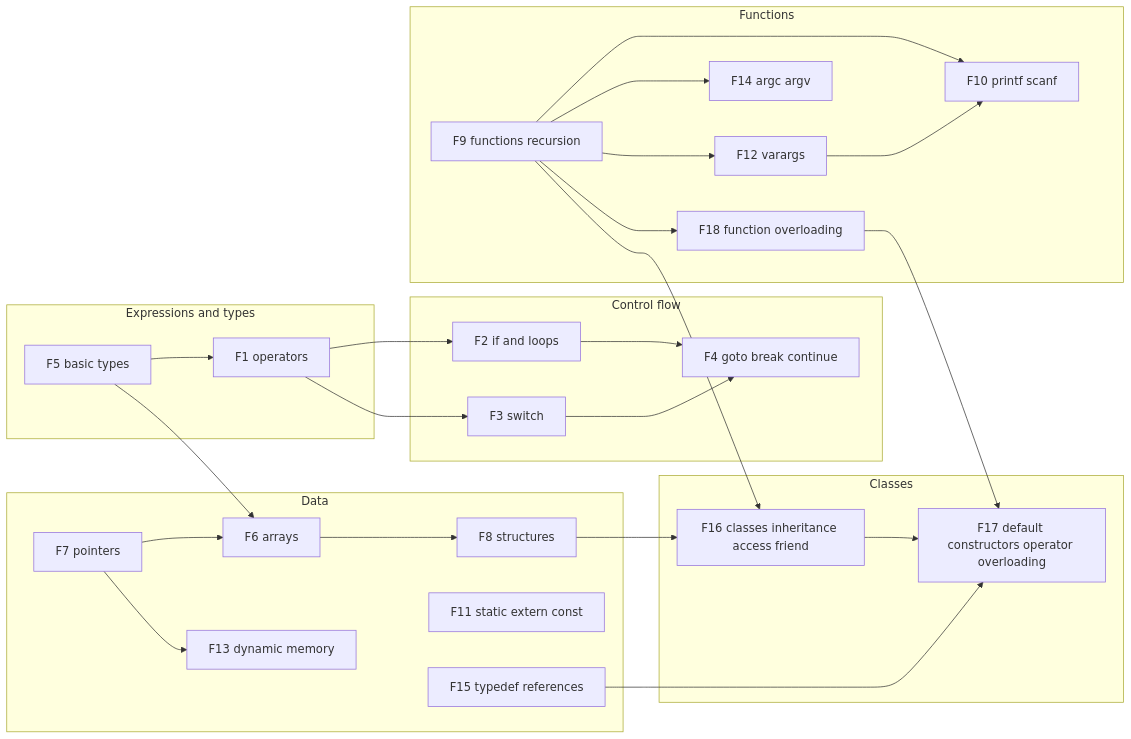
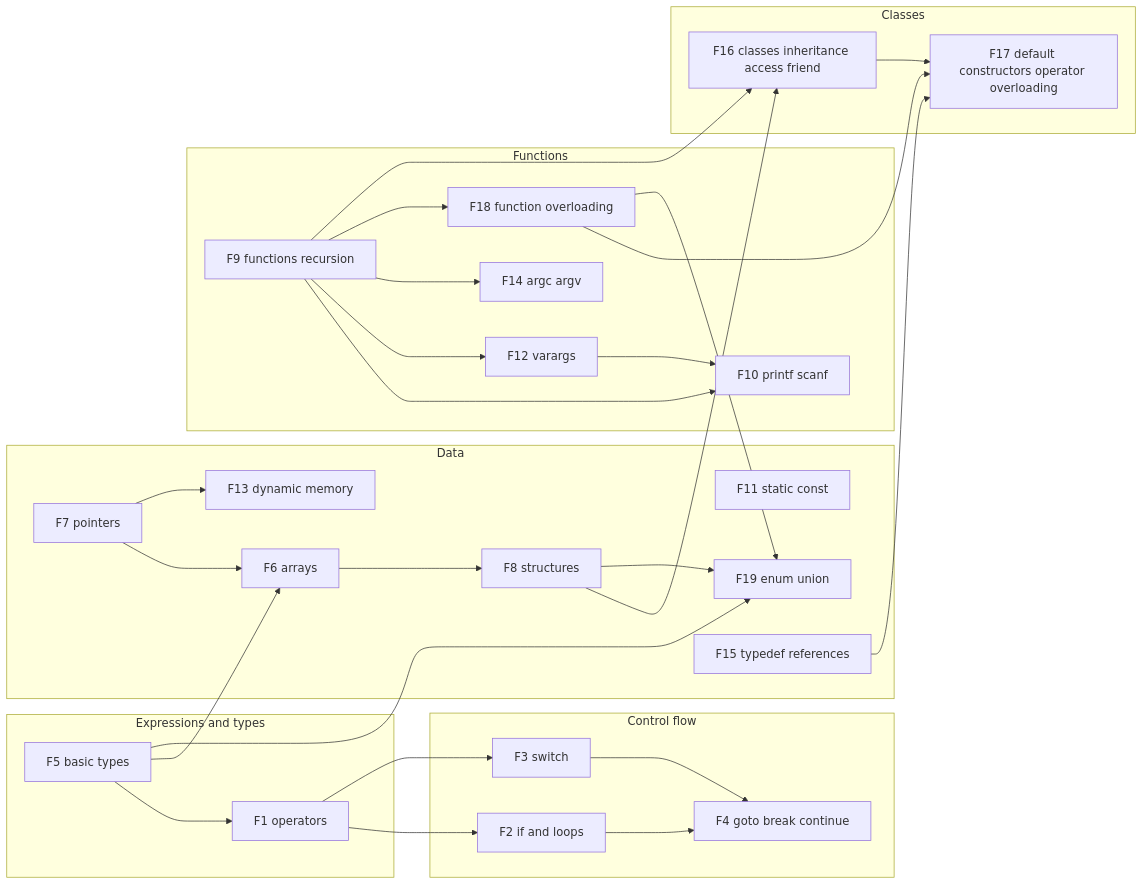
The second of 3 diagrams in docs/FEATURE_CONNECTIVITY.md (migikun474/COMPILER-DESIGN), drawn with Mermaid before and after one commit. The commit also changed other lines of this file and 11 other files, not shown here.

First line of the commit message:
docs: enum and union back (D42), extern removed (D43)

````diff
--- a/docs/FEATURE_CONNECTIVITY.md
+++ b/docs/FEATURE_CONNECTIVITY.md
@@ -43,50 +43,54 @@
 ```mermaid
 flowchart LR
     subgraph EXPR["Expressions and types"]
         F1["F1 operators"]
         F5["F5 basic types"]
     end
     subgraph CTRL["Control flow"]
         F2["F2 if and loops"]
         F3["F3 switch"]
         F4["F4 goto break continue"]
     end
     subgraph DATA["Data"]
         F6["F6 arrays"]
         F7["F7 pointers"]
         F8["F8 structures"]
-        F11["F11 static extern const"]
+        F11["F11 static const"]
+        F19["F19 enum union"]
         F13["F13 dynamic memory"]
         F15["F15 typedef references"]
     end
     subgraph CALLS["Functions"]
         F9["F9 functions recursion"]
         F10["F10 printf scanf"]
         F12["F12 varargs"]
         F14["F14 argc argv"]
         F18["F18 function overloading"]
     end
     subgraph OOP["Classes"]
         F16["F16 classes inheritance access friend"]
         F17["F17 default constructors operator overloading"]
     end
     F1 --> F2
     F1 --> F3
     F5 --> F1
     F2 --> F4
     F3 --> F4
     F5 --> F6
     F7 --> F6
     F7 --> F13
     F8 --> F16
     F6 --> F8
     F9 --> F10
     F9 --> F12
     F12 --> F10
     F9 --> F14
     F9 --> F18
     F18 --> F17
     F16 --> F17
     F15 --> F17
     F9 --> F16
+    F5 --> F19
+    F8 --> F19
+    F18 --> F19
 ```
````
